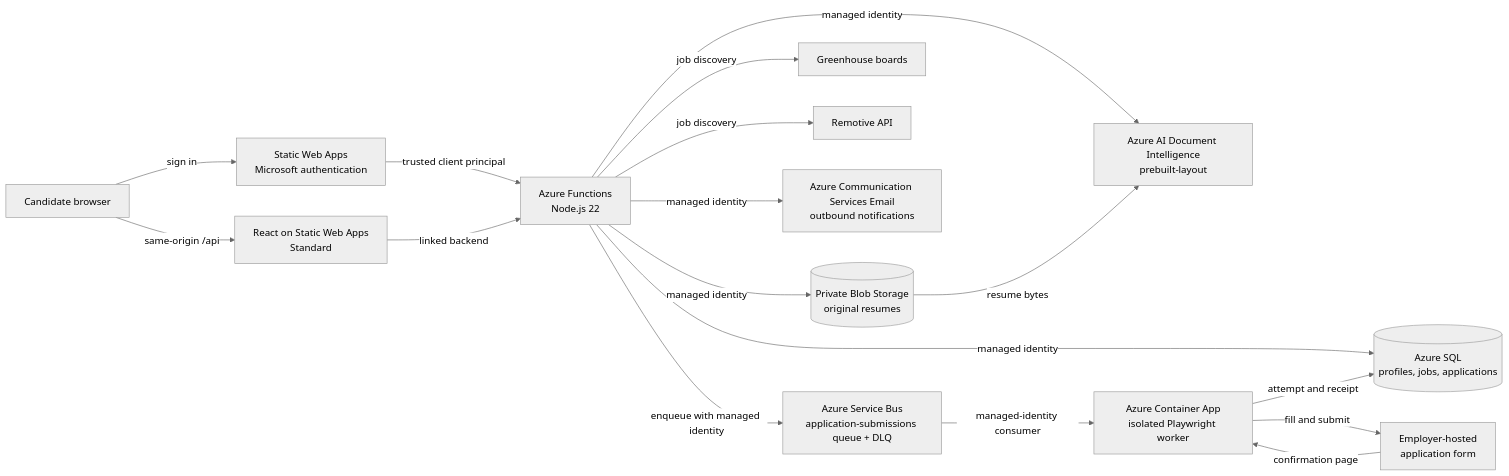
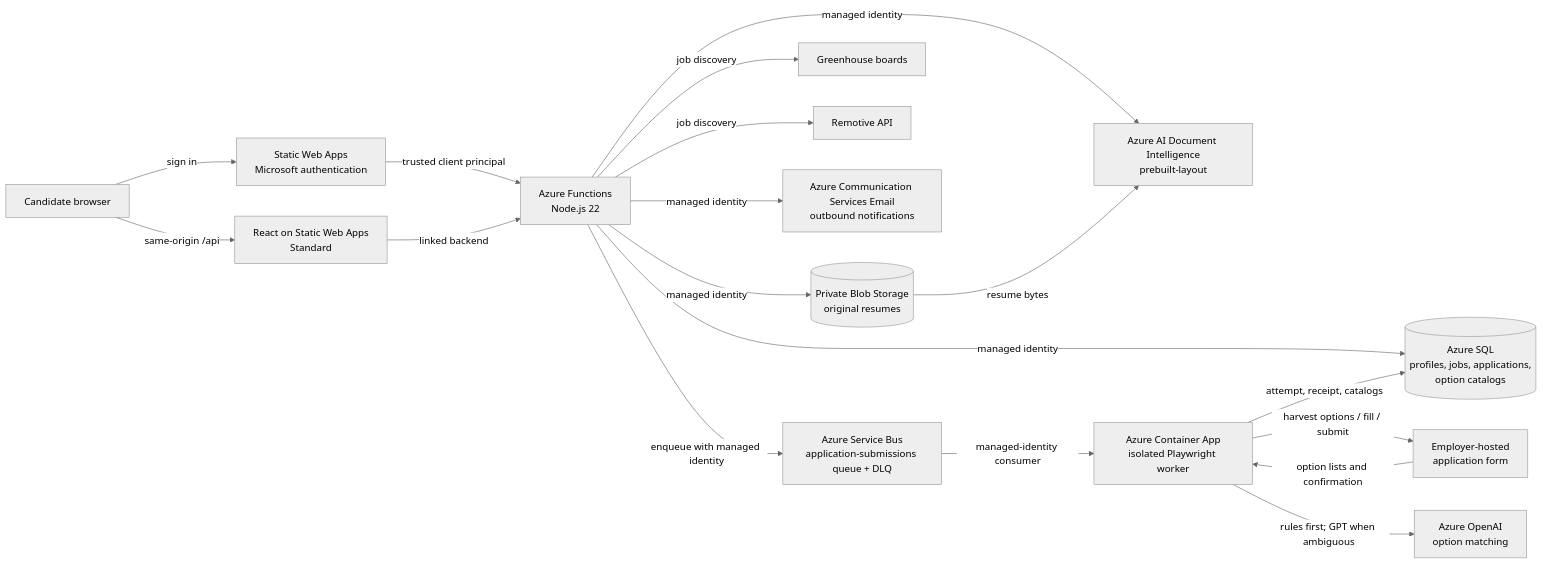
Before and after one commit to shivangsoni/resume_tool: the first of 7 diagrams in ARCHITECTURE.md, drawn with Mermaid (neutral theme). The commit also changed other lines of this file and 45 other files, not shown here.

````diff
--- a/ARCHITECTURE.md
+++ b/ARCHITECTURE.md
@@ -7,33 +7,35 @@
 ```mermaid
 flowchart LR
     Candidate[Candidate browser]
     Auth[Static Web Apps<br/>Microsoft authentication]
     SWA[React on Static Web Apps<br/>Standard]
     API[Azure Functions<br/>Node.js 22]
-    SQL[(Azure SQL<br/>profiles, jobs, applications)]
+    SQL[(Azure SQL<br/>profiles, jobs, applications,<br/>option catalogs)]
     Blob[(Private Blob Storage<br/>original resumes)]
     DocAI[Azure AI Document Intelligence<br/>prebuilt-layout]
+    OpenAI[Azure OpenAI<br/>option matching]
     GH[Greenhouse boards]
     Remotive[Remotive API]
     Email[Azure Communication Services Email<br/>outbound notifications]
     Bus[Azure Service Bus<br/>application-submissions queue + DLQ]
     Worker[Azure Container App<br/>isolated Playwright worker]
     Employer[Employer-hosted<br/>application form]
 
     Candidate -->|sign in| Auth
     Candidate -->|same-origin /api| SWA
     Auth -->|trusted client principal| API
     SWA -->|linked backend| API
     API -->|managed identity| SQL
     API -->|managed identity| Blob
     API -->|managed identity| DocAI
     API -->|job discovery| GH
     API -->|job discovery| Remotive
     API -->|managed identity| Email
     API -->|enqueue with managed identity| Bus
     Bus -->|managed-identity consumer| Worker
-    Worker -->|fill and submit| Employer
-    Employer -->|confirmation page| Worker
-    Worker -->|attempt and receipt| SQL
+    Worker -->|harvest options / fill / submit| Employer
+    Employer -->|option lists and confirmation| Worker
+    Worker -->|rules first; GPT when ambiguous| OpenAI
+    Worker -->|attempt, receipt, catalogs| SQL
     Blob -->|resume bytes| DocAI
 ```
````
